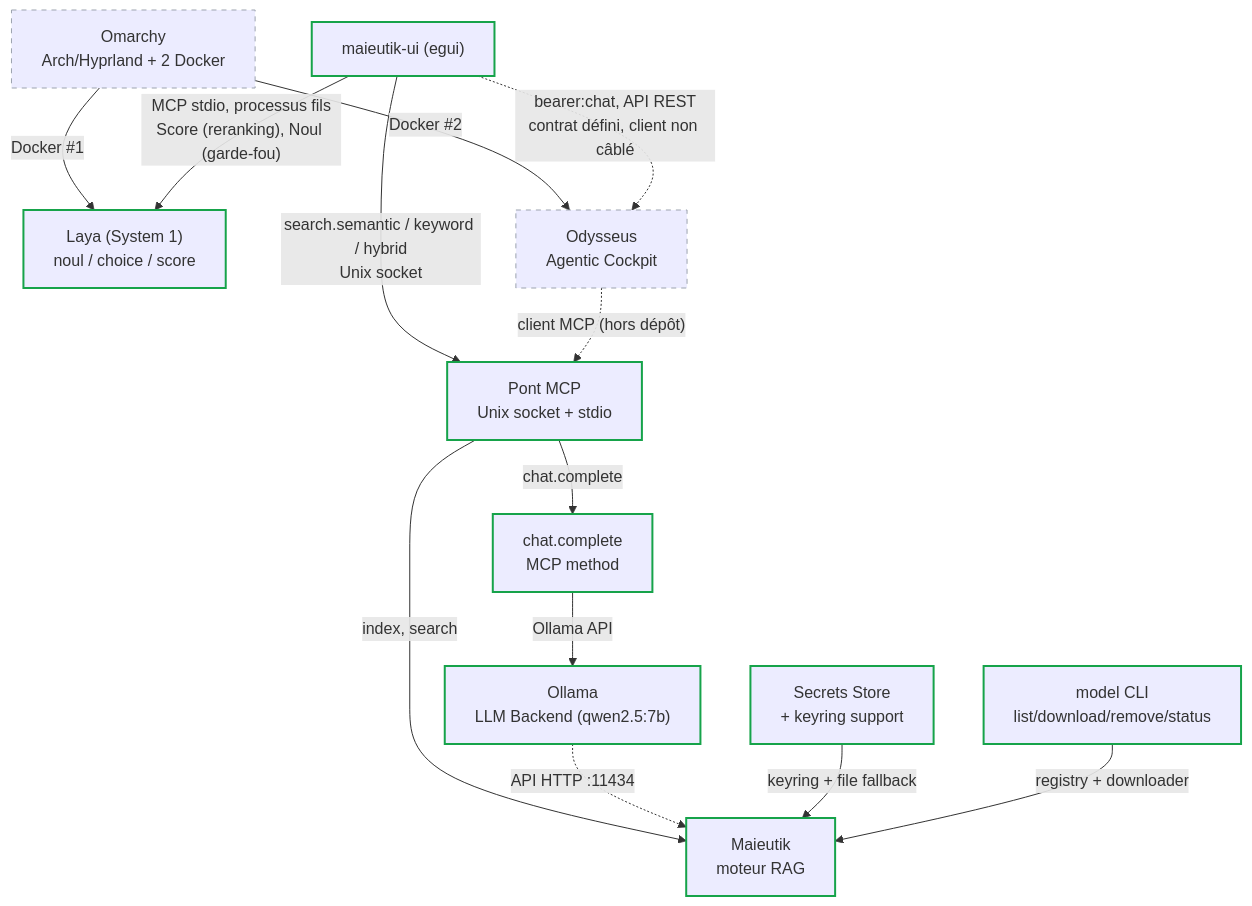
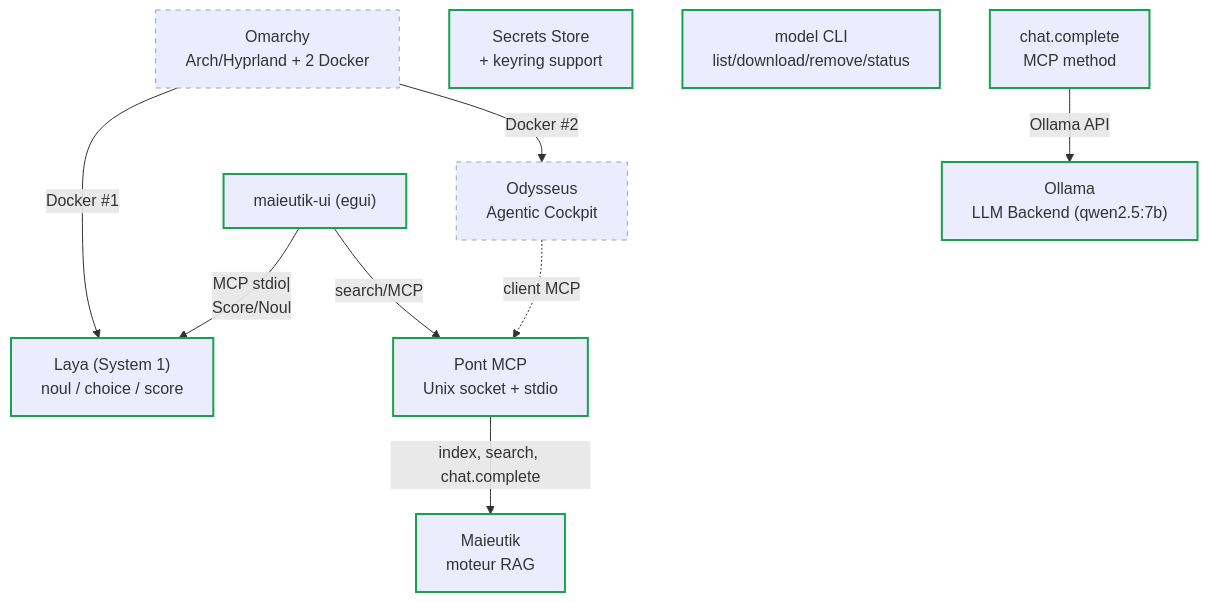
Before and after one commit to chelmooz/maieutik: the diagram in README.md, drawn with Mermaid. The commit also changed other lines of this file, not shown here.

````diff
--- a/README.md
+++ b/README.md
@@ -53,39 +74,32 @@
 ```mermaid
 flowchart TD
     %% Core components
     Omarchy["Omarchy<br/>Arch/Hyprland + 2 Docker"]
     Laya["Laya (System 1)<br/>noul / choice / score"]
     Odysseus["Odysseus<br/>Agentic Cockpit"]
     Maieutik["Maieutik<br/>moteur RAG"]
     MCP["Pont MCP<br/>Unix socket + stdio"]
     UI["maieutik-ui (egui)"]
     
     %% P0 Additions
     SecretsStore["Secrets Store<br/>+ keyring support"]
     ModelCLI["model CLI<br/>list/download/remove/status"]
     
     %% P3 Additions
     Ollama["Ollama<br/>LLM Backend (qwen2.5:7b)"]
     ChatModule["chat.complete<br/>MCP method"]
     
     %% Connections
     Omarchy -->|"Docker #1"| Laya
     Omarchy -->|"Docker #2"| Odysseus
-    UI -->|"MCP stdio, processus fils<br/>Score (reranking), Noul (garde-fou)"| Laya
-    UI -->|"search.semantic / keyword / hybrid<br/>Unix socket"| MCP
-    MCP -->|"index, search"| Maieutik
-    MCP -->|"chat.complete"| ChatModule
+    UI -->|"MCP stdio|<br/>Score/Noul"| Laya
+    UI -->|"search/MCP"| MCP
+    MCP -->|"index, search, chat.complete"| Maieutik
     ChatModule -->|"Ollama API"| Ollama
-    Ollama -.->|"API HTTP :11434"| Maieutik
-    Odysseus -.->|"client MCP (hors dépôt)"| MCP
-    UI -.->|"bearer:chat, API REST<br/>contrat défini, client non câblé"| Odysseus
-    
-    %% P0 connections (wired)
-    SecretsStore -->|"keyring + file fallback"| Maieutik
-    ModelCLI -->|"registry + downloader"| Maieutik
+    Odysseus -.->|"client MCP"| MCP
     
     classDef wired stroke:#16a34a,stroke-width:2px;
     classDef planned stroke:#9ca3af,stroke-width:1px,stroke-dasharray: 5 5;
     class Maieutik,MCP,UI,Laya,SecretsStore,ModelCLI,ChatModule,Ollama wired;
     class Odysseus,Omarchy planned;
 ```
````
